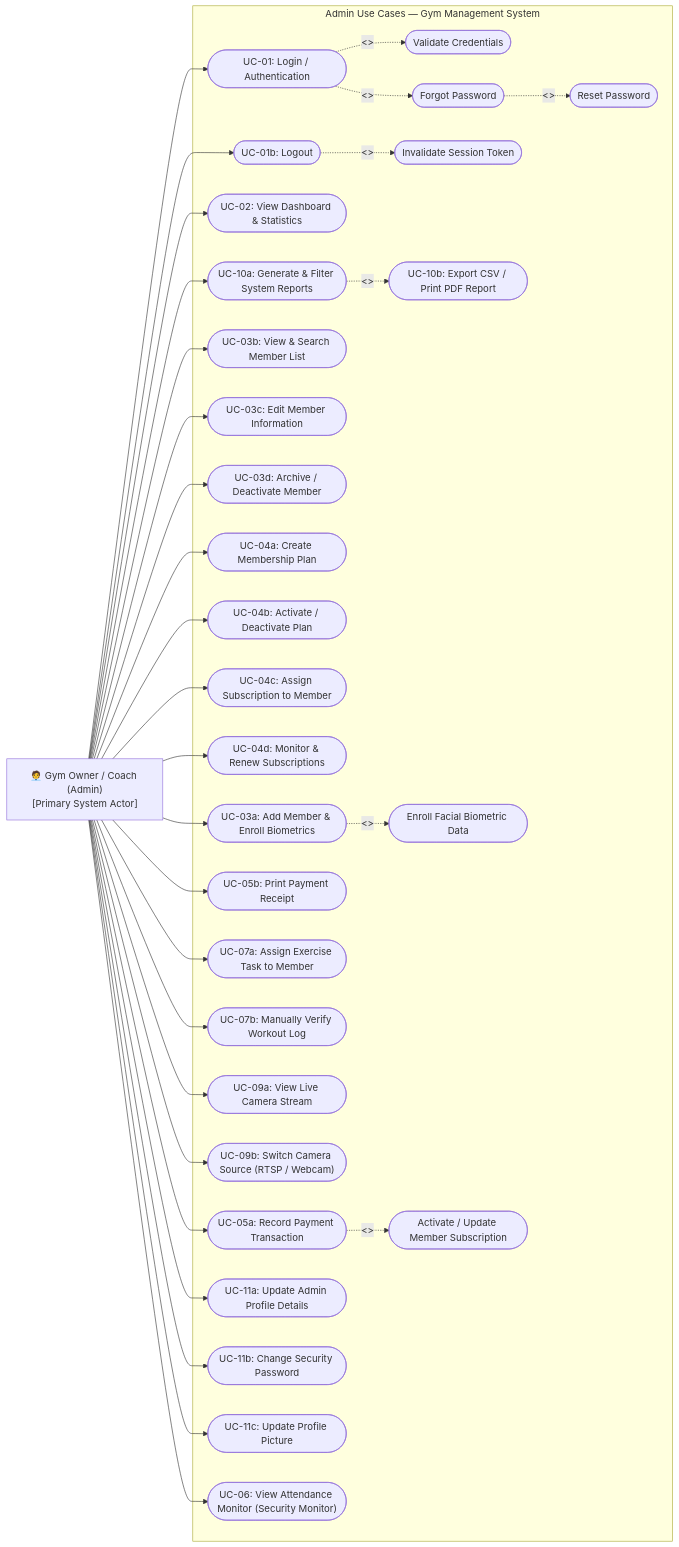
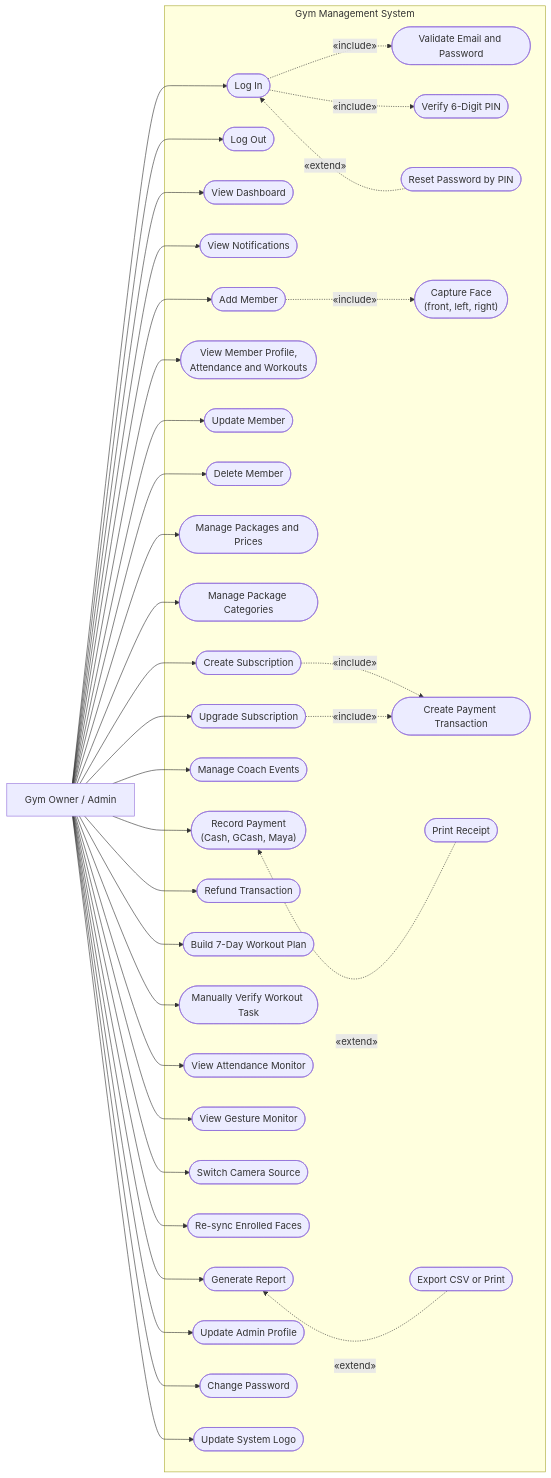
Before and after one commit to Plonteras191/GYM2-CAPSTONE: the second of 4 diagrams in DOCUMENTATION/USECASE DIAGRAM/usecase.md, drawn with Mermaid. The commit also changed other lines of this file and 10 other files, not shown here.

First line of the commit message:
Update outdated diagrams in the documentation to match the system

````diff
--- a/DOCUMENTATION/USECASE DIAGRAM/usecase.md
+++ b/DOCUMENTATION/USECASE DIAGRAM/usecase.md
@@ -148,76 +71,85 @@
 ```mermaid
 flowchart LR
-    Admin["🧑‍💼 Gym Owner / Coach (Admin)\n[Primary System Actor]"]
+    Admin["Gym Owner / Admin"]
 
-    subgraph AdminBoundary ["Admin Use Cases — Gym Management System"]
+    subgraph Boundary ["Gym Management System"]
+        Login(["Log In"])
+        ValCred(["Validate Email and Password"])
+        VerPin(["Verify 6-Digit PIN"])
+        Reset(["Reset Password by PIN"])
+        Logout(["Log Out"])
 
-        A_Login(["UC-01: Login / Authentication"])
-        A_ValCred(["Validate Credentials"])
-        A_Forgot(["Forgot Password"])
-        A_ResetPass(["Reset Password"])
-        A_Logout(["UC-01b: Logout"])
-        A_InvSess(["Invalidate Session Token"])
+        Dash(["View Dashboard"])
+        Notif(["View Notifications"])
 
-        A_Dash(["UC-02: View Dashboard & Statistics"])
+        AddMem(["Add Member"])
+        Face(["Capture Face<br/>(front, left, right)"])
+        ViewMem(["View Member Profile,<br/>Attendance and Workouts"])
+        UpdMem(["Update Member"])
+        DelMem(["Delete Member"])
 
-        A_AddMem(["UC-03a: Add Member & Enroll Biometrics"])
-        A_ViewMem(["UC-03b: View & Search Member List"])
-        A_UpdateMem(["UC-03c: Edit Member Information"])
-        A_DeleteMem(["UC-03d: Archive / Deactivate Member"])
+        Pack(["Manage Packages and Prices"])
+        Cat(["Manage Package Categories"])
+        NewSub(["Create Subscription"])
+        UpSub(["Upgrade Subscription"])
+        AutoPay(["Create Payment Transaction"])
+        Events(["Manage Coach Events"])
 
-        A_AddPlan(["UC-04a: Create Membership Plan"])
-        A_TogglePlan(["UC-04b: Activate / Deactivate Plan"])
-        A_AddSub(["UC-04c: Assign Subscription to Member"])
-        A_ManageSub(["UC-04d: Monitor & Renew Subscriptions"])
+        Pay(["Record Payment<br/>(Cash, GCash, Maya)"])
+        Receipt(["Print Receipt"])
+        Refund(["Refund Transaction"])
 
-        A_RecordPay(["UC-05a: Record Payment Transaction"])
-        A_PrintReceipt(["UC-05b: Print Payment Receipt"])
+        Plan(["Build 7-Day Workout Plan"])
+        Manual(["Manually Verify Workout Task"])
 
-        A_AssignTask(["UC-07a: Assign Exercise Task to Member"])
-        A_ManualVerify(["UC-07b: Manually Verify Workout Log"])
+        AttMon(["View Attendance Monitor"])
+        GesMon(["View Gesture Monitor"])
+        Switch(["Switch Camera Source"])
+        Sync(["Re-sync Enrolled Faces"])
 
-        A_ViewLive(["UC-09a: View Live Camera Stream"])
-        A_SwitchCam(["UC-09b: Switch Camera Source (RTSP / Webcam)"])
+        Report(["Generate Report"])
+        Export(["Export CSV or Print"])
 
-        A_GenRep(["UC-10a: Generate & Filter System Reports"])
-        A_ExportRep(["UC-10b: Export CSV / Print PDF Report"])
+        Profile(["Update Admin Profile"])
+        Pass(["Change Password"])
+        Logo(["Update System Logo"])
 
-        A_UpdateProf(["UC-11a: Update Admin Profile Details"])
-        A_ChangePass(["UC-11b: Change Security Password"])
-        A_UpdPhoto(["UC-11c: Update Profile Picture"])
-        A_ViewAtt(["UC-06: View Attendance Monitor (Security Monitor)"])
-        A_EnrollBio(["Enroll Facial Biometric Data"])
-        A_ActivateSub(["Activate / Update Member Subscription"])
-
-        A_Login -.->|"<<include>>"| A_ValCred
-        A_Login -.->|"<<extend>>"| A_Forgot
-        A_Forgot -.->|"<<include>>"| A_ResetPass
-        A_Logout -.->|"<<include>>"| A_InvSess
-        A_GenRep -.->|"<<include>>"| A_ExportRep
-        A_AddMem -.->|"<<include>>"| A_EnrollBio
-        A_RecordPay -.->|"<<include>>"| A_ActivateSub
+        Login -.->|"«include»"| ValCred
+        Login -.->|"«include»"| VerPin
+        Login ~~~ Reset
+        Reset -.->|"«extend»"| Login
+        AddMem -.->|"«include»"| Face
+        NewSub -.->|"«include»"| AutoPay
+        UpSub -.->|"«include»"| AutoPay
+        Pay ~~~ Receipt
+        Receipt -.->|"«extend»"| Pay
+        Report ~~~ Export
+        Export -.->|"«extend»"| Report
     end
 
-    Admin --> A_Login
-    Admin --> A_Logout
-    Admin --> A_Dash
-    Admin --> A_AddMem
-    Admin --> A_ViewMem
-    Admin --> A_UpdateMem
-    Admin --> A_DeleteMem
-    Admin --> A_AddPlan
-    Admin --> A_TogglePlan
-    Admin --> A_AddSub
-    Admin --> A_ManageSub
-    Admin --> A_RecordPay
-    Admin --> A_PrintReceipt
-    Admin --> A_AssignTask
-    Admin --> A_ManualVerify
-    Admin --> A_ViewLive
-    Admin --> A_SwitchCam
-    Admin --> A_GenRep
-    Admin --> A_UpdateProf
-    Admin --> A_ChangePass
-    Admin --> A_UpdPhoto
-    Admin --> A_ViewAtt
+    Admin --> Login
+    Admin --> Logout
+    Admin --> Dash
+    Admin --> Notif
+    Admin --> AddMem
+    Admin --> ViewMem
+    Admin --> UpdMem
+    Admin --> DelMem
+    Admin --> Pack
+    Admin --> Cat
+    Admin --> NewSub
+    Admin --> UpSub
+    Admin --> Events
+    Admin --> Pay
+    Admin --> Refund
+    Admin --> Plan
+    Admin --> Manual
+    Admin --> AttMon
+    Admin --> GesMon
+    Admin --> Switch
+    Admin --> Sync
+    Admin --> Report
+    Admin --> Profile
+    Admin --> Pass
+    Admin --> Logo
 ```
````
